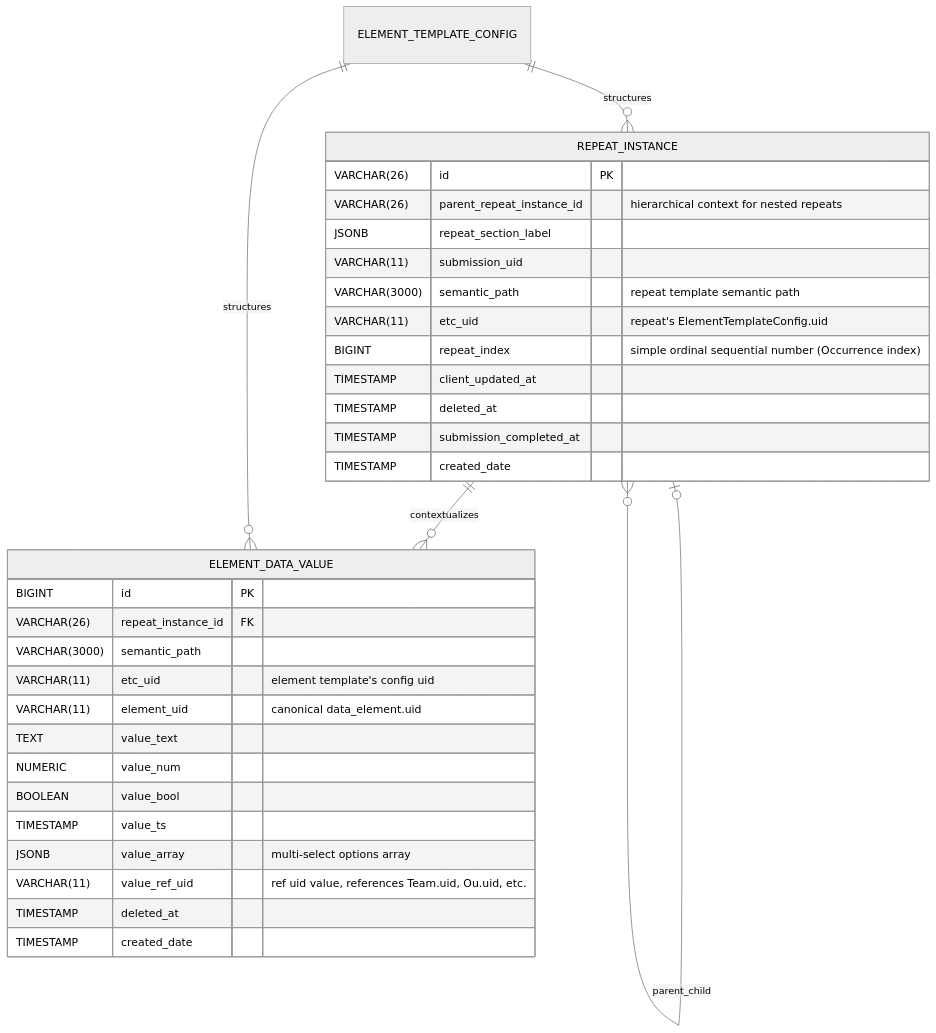
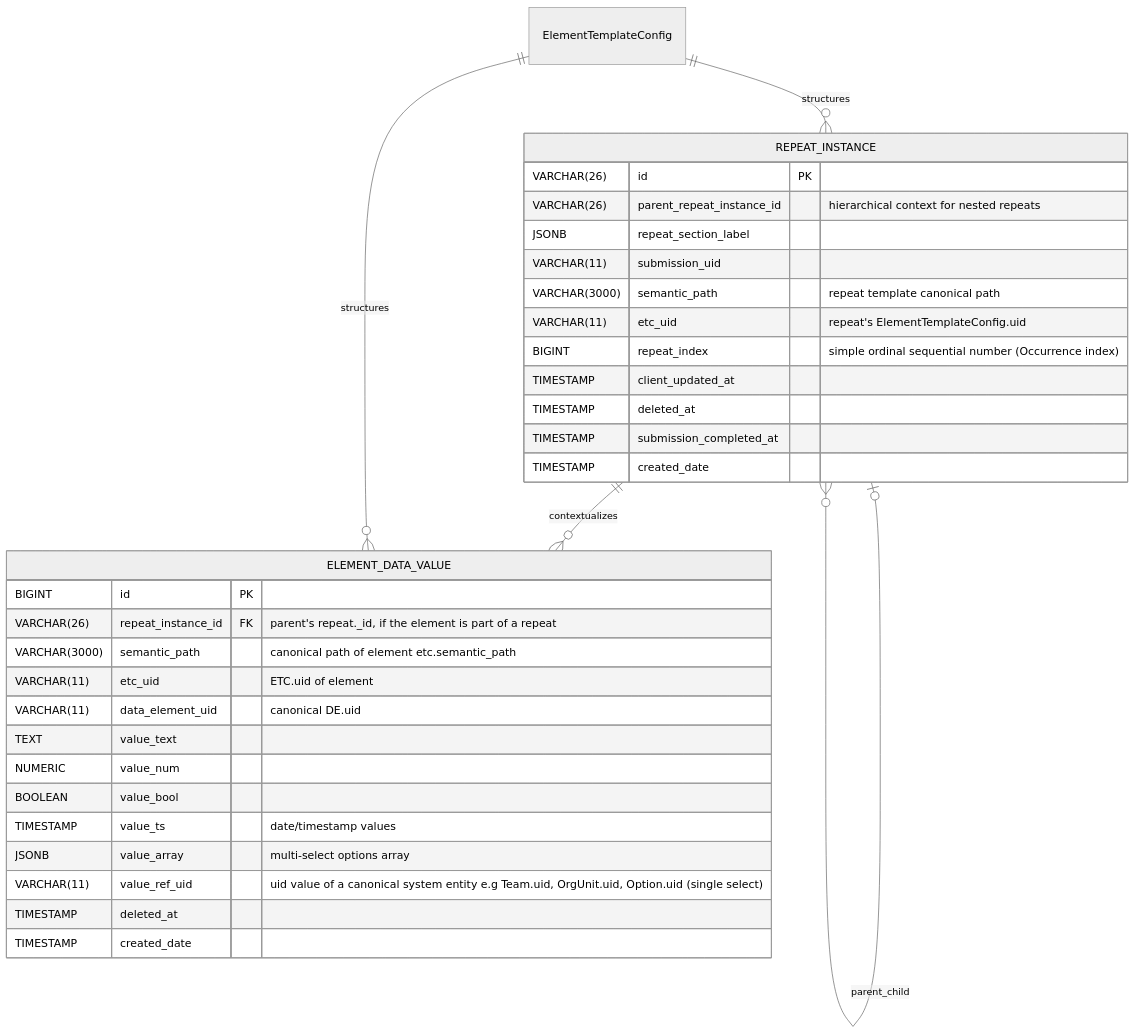
The fifth of 5 diagrams in brainstorming-notes/datarun-analytics-grid/001-initial-project-status.md (DataRun-ye/data-run-api), drawn with Mermaid (neutral theme) before and after one commit. The commit also changed other lines of this file and 137 other files, not shown here.

````diff
--- a/brainstorming-notes/datarun-analytics-grid/001-initial-project-status.md
+++ b/brainstorming-notes/datarun-analytics-grid/001-initial-project-status.md
@@ -234,37 +341,37 @@
 ```mermaid
 erDiagram
     REPEAT_INSTANCE {
         VARCHAR(26) id PK
         VARCHAR(26) parent_repeat_instance_id "hierarchical context for nested repeats"
         JSONB repeat_section_label
         VARCHAR(11) submission_uid
-        VARCHAR(3000) semantic_path "repeat template semantic path"
+        VARCHAR(3000) semantic_path "repeat template canonical path"
         VARCHAR(11) etc_uid "repeat's ElementTemplateConfig.uid"
-        BIGINT repeat_index     "simple ordinal sequential number (Occurrence index)"
+        BIGINT repeat_index "simple ordinal sequential number (Occurrence index)"
         TIMESTAMP client_updated_at
         TIMESTAMP deleted_at
         TIMESTAMP submission_completed_at
         TIMESTAMP created_date
     }
 
     ELEMENT_DATA_VALUE {
         BIGINT id PK
-        VARCHAR(26) repeat_instance_id FK
-        VARCHAR(3000) semantic_path
-        VARCHAR(11) etc_uid "element template's config uid"
-        VARCHAR(11) element_uid "canonical data_element.uid"
+        VARCHAR(26) repeat_instance_id FK "parent's repeat._id, if the element is part of a repeat"
+        VARCHAR(3000) semantic_path "canonical path of element etc.semantic_path"
+        VARCHAR(11) etc_uid "ETC.uid of element"
+        VARCHAR(11) data_element_uid "canonical DE.uid"
         TEXT value_text
         NUMERIC value_num
         BOOLEAN value_bool
-        TIMESTAMP value_ts
+        TIMESTAMP value_ts "date/timestamp values"
         JSONB value_array "multi-select options array"
-        VARCHAR(11) value_ref_uid "ref uid value, references Team.uid, Ou.uid, etc."
+        VARCHAR(11) value_ref_uid "uid value of a canonical system entity e.g Team.uid, OrgUnit.uid, Option.uid (single select)"
         TIMESTAMP deleted_at
         TIMESTAMP created_date
     }
-    
+
     REPEAT_INSTANCE |o--o{ REPEAT_INSTANCE: parent_child
     REPEAT_INSTANCE ||--o{ ELEMENT_DATA_VALUE: contextualizes
-    ELEMENT_TEMPLATE_CONFIG ||--o{ ELEMENT_DATA_VALUE: structures
-    ELEMENT_TEMPLATE_CONFIG ||--o{ REPEAT_INSTANCE: structures
+    ElementTemplateConfig ||--o{ ELEMENT_DATA_VALUE: structures
+    ElementTemplateConfig ||--o{ REPEAT_INSTANCE: structures
 ```
````
